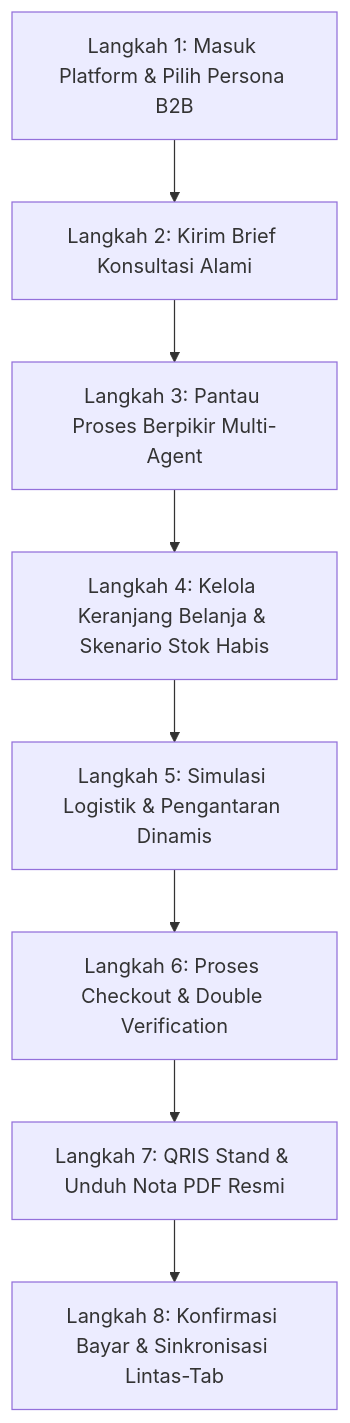
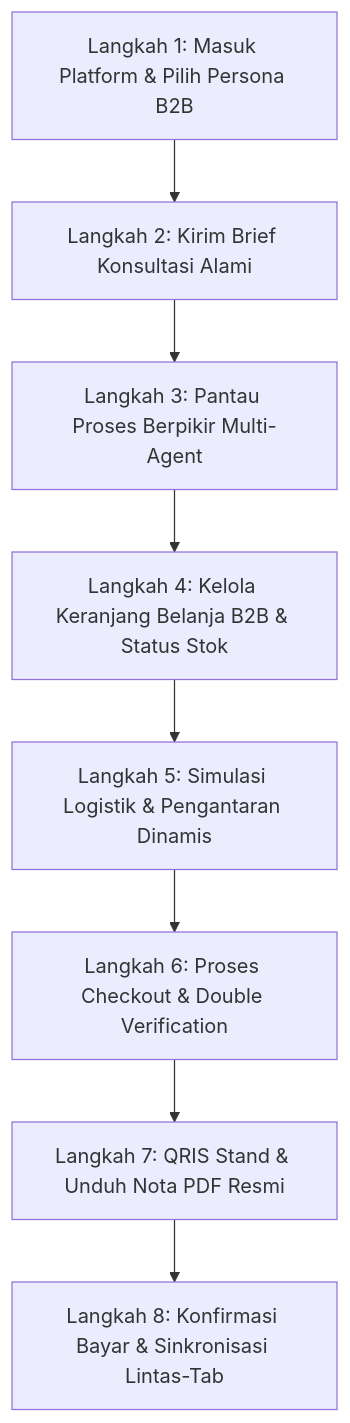
The diagram in docs/TutorialUser.md (projectdummy2025/qhome-agent-office), drawn with Mermaid before and after one commit. The commit also changed other lines of this file and 7 other files, not shown here.

````diff
--- a/docs/TutorialUser.md
+++ b/docs/TutorialUser.md
@@ -23,10 +21,10 @@
 ```mermaid
 graph TD
     A[Langkah 1: Masuk Platform & Pilih Persona B2B] --> B[Langkah 2: Kirim Brief Konsultasi Alami]
     B --> C[Langkah 3: Pantau Proses Berpikir Multi-Agent]
-    C --> D[Langkah 4: Kelola Keranjang Belanja & Skenario Stok Habis]
+    C --> D[Langkah 4: Kelola Keranjang Belanja B2B & Status Stok]
     D --> E[Langkah 5: Simulasi Logistik & Pengantaran Dinamis]
     E --> F[Langkah 6: Proses Checkout & Double Verification]
     F --> G[Langkah 7: QRIS Stand & Unduh Nota PDF Resmi]
     G --> H[Langkah 8: Konfirmasi Bayar & Sinkronisasi Lintas-Tab]
 ```
````
